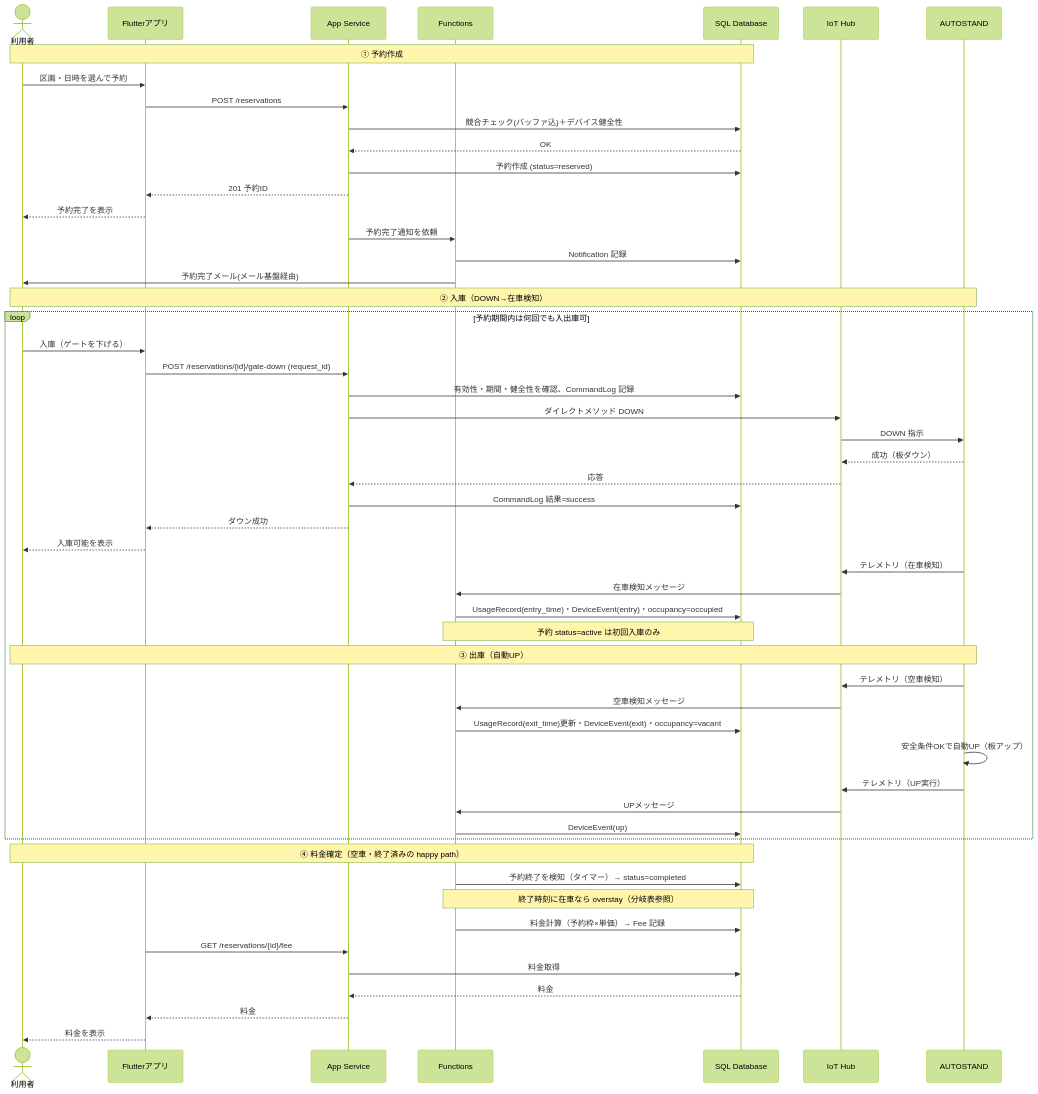
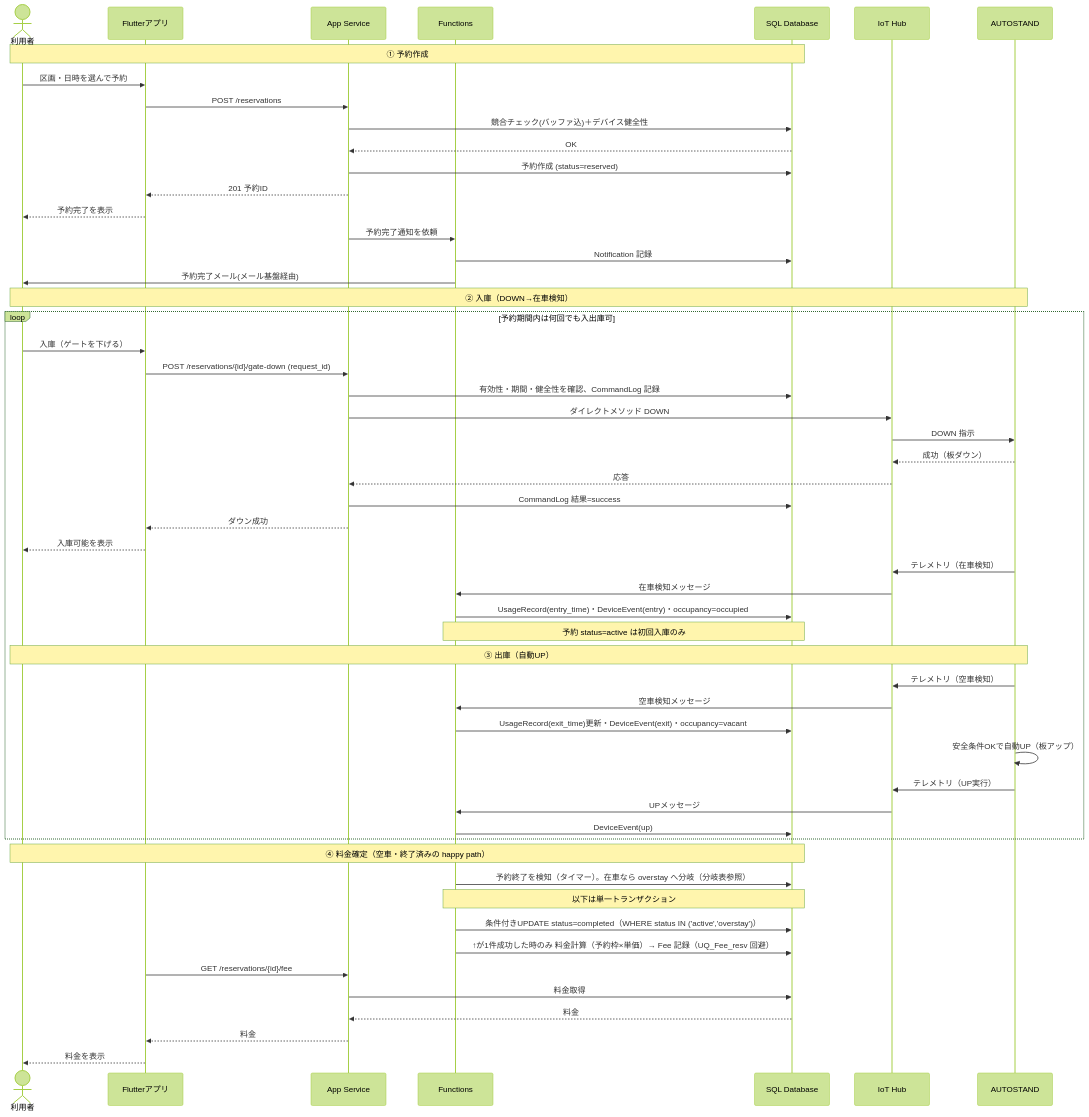
One commit to NEWGATE-engineer/test-parking-calendar-reservation changed the diagram in docs/architecture/sequences/シーケンス図.md. Above: the diagram before and after it, drawn with Mermaid (forest theme). The commit also changed other lines of this file and 6 other files, not shown here.

````diff
--- a/docs/architecture/sequences/シーケンス図.md
+++ b/docs/architecture/sequences/シーケンス図.md
@@ -9,59 +9,60 @@
 ```mermaid
 sequenceDiagram
   actor U as 利用者
   participant A as Flutterアプリ
   participant API as App Service
   participant F as Functions
   participant DB as SQL Database
   participant H as IoT Hub
   participant D as AUTOSTAND
 
   Note over U,DB: ① 予約作成
   U->>A: 区画・日時を選んで予約
   A->>API: POST /reservations
   API->>DB: 競合チェック(バッファ込)＋デバイス健全性
   DB-->>API: OK
   API->>DB: 予約作成 (status=reserved)
   API-->>A: 201 予約ID
   A-->>U: 予約完了を表示
   API->>F: 予約完了通知を依頼
   F->>DB: Notification 記録
   F->>U: 予約完了メール(メール基盤経由)
 
   Note over U,D: ② 入庫（DOWN→在車検知）
   loop 予約期間内は何回でも入出庫可
   U->>A: 入庫（ゲートを下げる）
   A->>API: POST /reservations/{id}/gate-down (request_id)
   API->>DB: 有効性・期間・健全性を確認、CommandLog 記録
   API->>H: ダイレクトメソッド DOWN
   H->>D: DOWN 指示
   D-->>H: 成功（板ダウン）
   H-->>API: 応答
   API->>DB: CommandLog 結果=success
   API-->>A: ダウン成功
   A-->>U: 入庫可能を表示
   D->>H: テレメトリ（在車検知）
   H->>F: 在車検知メッセージ
   F->>DB: UsageRecord(entry_time)・DeviceEvent(entry)・occupancy=occupied
   Note over F,DB: 予約 status=active は初回入庫のみ
 
   Note over U,D: ③ 出庫（自動UP）
   D->>H: テレメトリ（空車検知）
   H->>F: 空車検知メッセージ
   F->>DB: UsageRecord(exit_time)更新・DeviceEvent(exit)・occupancy=vacant
   D->>D: 安全条件OKで自動UP（板アップ）
   D->>H: テレメトリ（UP実行）
   H->>F: UPメッセージ
   F->>DB: DeviceEvent(up)
   end
 
   Note over U,DB: ④ 料金確定（空車・終了済みの happy path）
-  F->>DB: 予約終了を検知（タイマー）→ status=completed
-  Note over F,DB: 終了時刻に在車なら overstay（分岐表参照）
-  F->>DB: 料金計算（予約枠×単価）→ Fee 記録
+  F->>DB: 予約終了を検知（タイマー）。在車なら overstay へ分岐（分岐表参照）
+  Note over F,DB: 以下は単一トランザクション
+  F->>DB: 条件付きUPDATE status=completed（WHERE status IN ('active','overstay')）
+  F->>DB: ↑が1件成功した時のみ 料金計算（予約枠×単価）→ Fee 記録（UQ_Fee_resv 回避）
   A->>API: GET /reservations/{id}/fee
   API->>DB: 料金取得
   DB-->>API: 料金
   API-->>A: 料金
   A-->>U: 料金を表示
 ```
````
